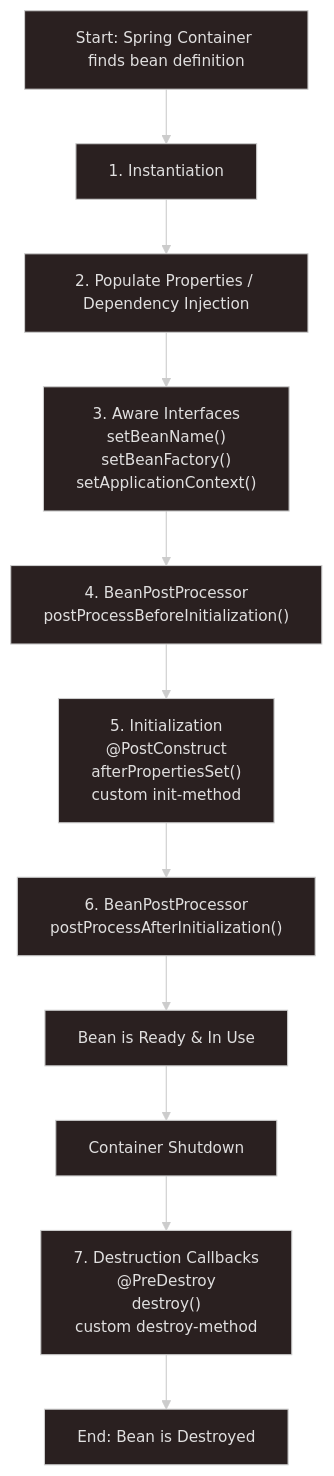
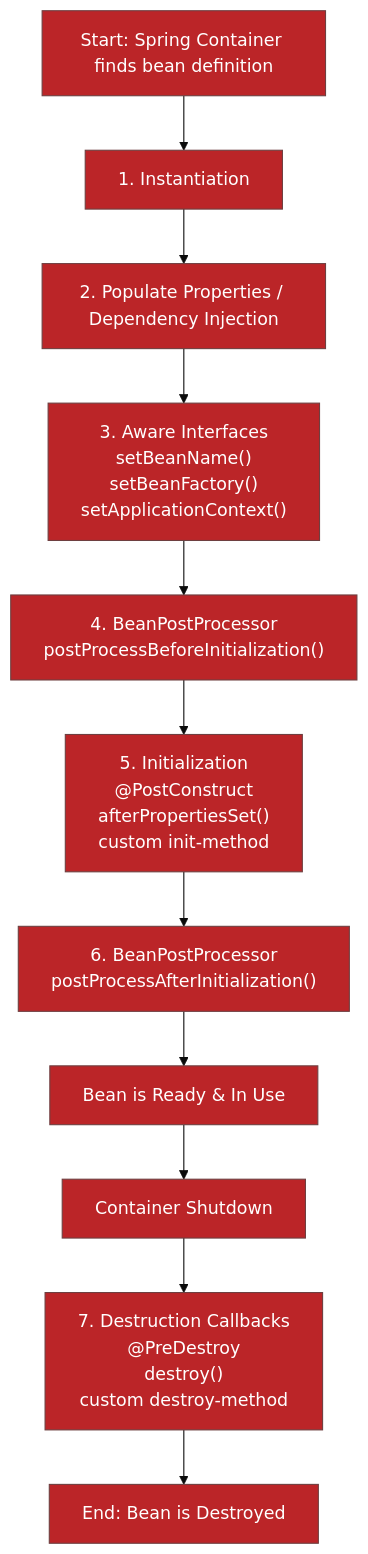
One commit to Ashjha75/MyDocs changed the first of 2 diagrams in astroDocs/vigorous-visual/src/content/docs/springboot/projectdocs/springboot-starter.md. Above: the diagram before and after it, drawn with Mermaid. The commit also changed 4 other files, not shown here.

Commit message:
feat: update markdown configuration to use rehype-mermaid and adjust theme settings

````diff
--- a/astroDocs/vigorous-visual/src/content/docs/springboot/projectdocs/springboot-starter.md
+++ b/astroDocs/vigorous-visual/src/content/docs/springboot/projectdocs/springboot-starter.md
@@ -12,17 +12,21 @@
 ```mermaid
 ---
 config:
-  theme: neo-dark
+  theme: 'base'
+  themeVariables:
+    primaryColor: '#BB2528'
+    primaryTextColor: '#fff'
+    fontFamily: 'monospace'
 ---
 graph TD
     A["Start: Spring Container finds bean definition"] --> B["1. Instantiation"]
     B --> C["2. Populate Properties / Dependency Injection"]
     C --> D["3. Aware Interfaces\nsetBeanName()\nsetBeanFactory()\nsetApplicationContext()"]
     D --> E["4. BeanPostProcessor\npostProcessBeforeInitialization()"]
     E --> F["5. Initialization\n@PostConstruct\nafterPropertiesSet()\ncustom init-method"]
     F --> G["6. BeanPostProcessor\npostProcessAfterInitialization()"]
     G --> H["Bean is Ready & In Use"]
     H --> I["Container Shutdown"]
     I --> J["7. Destruction Callbacks\n@PreDestroy\ndestroy()\ncustom destroy-method"]
     J --> K["End: Bean is Destroyed"]
 ```
````
